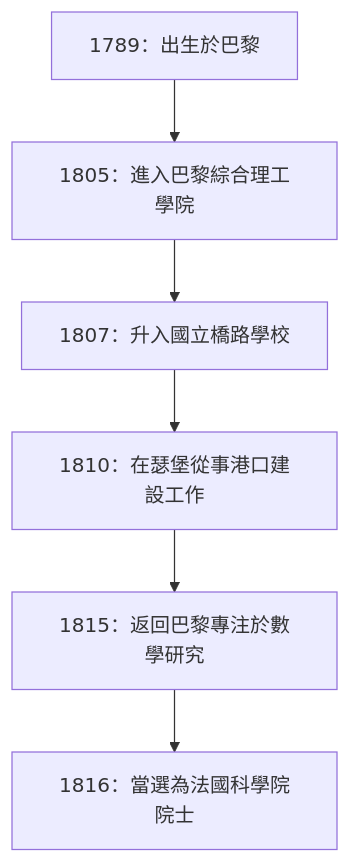
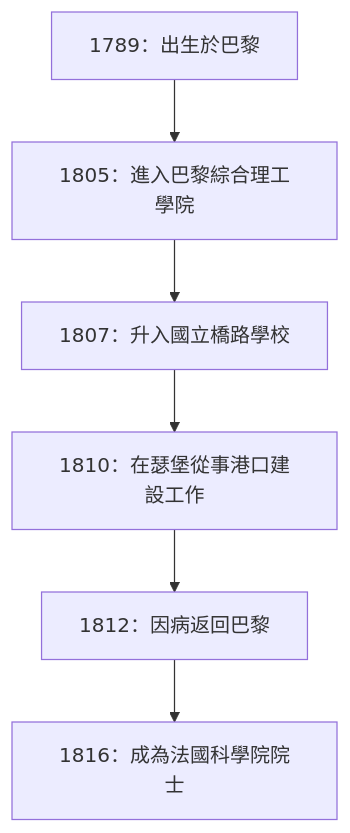
Before and after one commit to kenjinote/blog: the diagram in content/post/cauchy/index.zh-tw.md, drawn with Mermaid. The commit also changed other lines of this file and 14 other files, not shown here.

````diff
--- a/content/post/cauchy/index.zh-tw.md
+++ b/content/post/cauchy/index.zh-tw.md
@@ -30,8 +30,8 @@
 ```mermaid
 flowchart TD
     A["1789：出生於巴黎"] --> B["1805：進入巴黎綜合理工學院"]
     B --> C["1807：升入國立橋路學校"]
     C --> D["1810：在瑟堡從事港口建設工作"]
-    D --> E["1815：返回巴黎專注於數學研究"]
-    E --> F["1816：當選為法國科學院院士"]
+    D --> E["1812：因病返回巴黎"]
+    E --> F["1816：成為法國科學院院士"]
 ```
````
